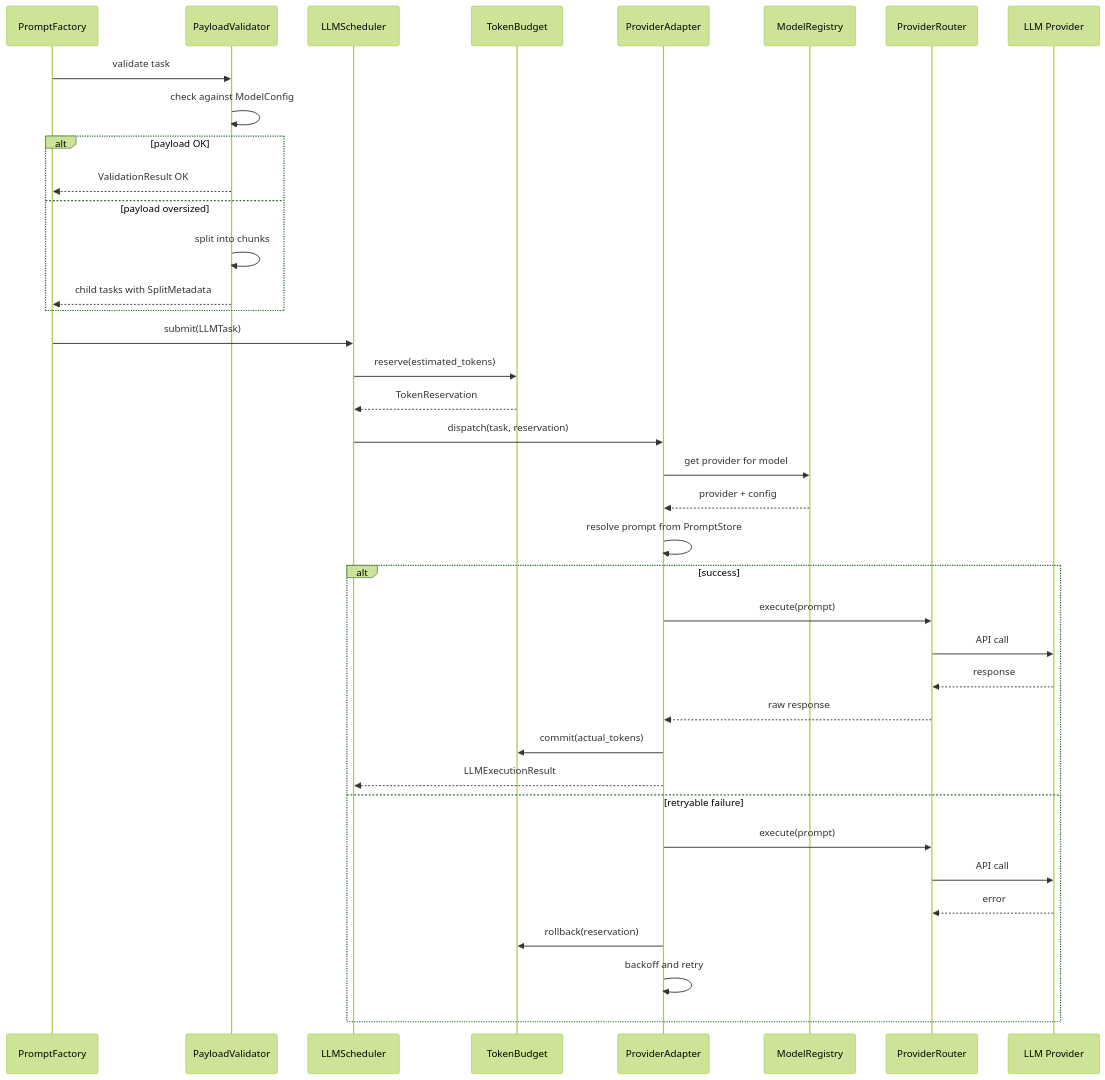
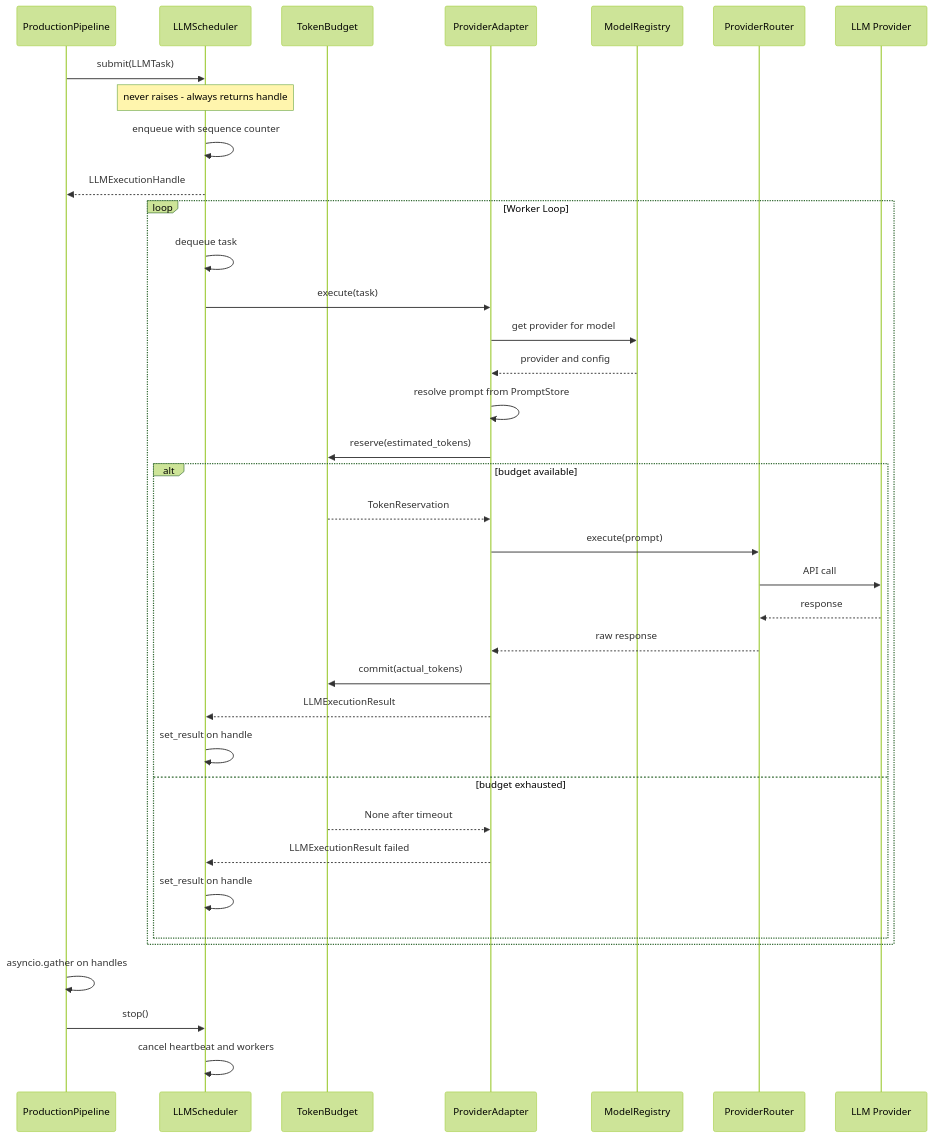
One commit to samm329-ui/Trimora_v2 changed the seventh of 15 diagrams in README.md. Above: the diagram before and after it, drawn with Mermaid (forest theme). The commit also changed other lines of this file, not shown here.

Commit message:
Update README: scheduler architecture, task lifecycle, resilience docs, metrics

````diff
--- a/README.md
+++ b/README.md
@@ -531,43 +541,43 @@
 ```mermaid
 sequenceDiagram
-    participant PF as PromptFactory
-    participant PV as PayloadValidator
+    participant PL as ProductionPipeline
     participant LS as LLMScheduler
     participant TB as TokenBudget
     participant PA as ProviderAdapter
     participant MR as ModelRegistry
     participant PR as ProviderRouter
     participant LLM as LLM Provider
 
-    PF->>PV : validate task
-    PV->>PV : check against ModelConfig
-    alt payload OK
-        PV-->>PF : ValidationResult OK
-    else payload oversized
-        PV->>PV : split into chunks
-        PV-->>PF : child tasks with SplitMetadata
+    PL->>LS : submit(LLMTask)
+    Note over LS : never raises - always returns handle
+    LS->>LS : enqueue with sequence counter
+    LS-->>PL : LLMExecutionHandle
+
+    loop Worker Loop
+        LS->>LS : dequeue task
+        LS->>PA : execute(task)
+        PA->>MR : get provider for model
+        MR-->>PA : provider and config
+        PA->>PA : resolve prompt from PromptStore
+        PA->>TB : reserve(estimated_tokens)
+
+        alt budget available
+            TB-->>PA : TokenReservation
+            PA->>PR : execute(prompt)
+            PR->>LLM : API call
+            LLM-->>PR : response
+            PR-->>PA : raw response
+            PA->>TB : commit(actual_tokens)
+            PA-->>LS : LLMExecutionResult
+            LS->>LS : set_result on handle
+        else budget exhausted
+            TB-->>PA : None after timeout
+            PA-->>LS : LLMExecutionResult failed
+            LS->>LS : set_result on handle
+        end
     end
 
-    PF->>LS : submit(LLMTask)
-    LS->>TB : reserve(estimated_tokens)
-    TB-->>LS : TokenReservation
-    LS->>PA : dispatch(task, reservation)
-    PA->>MR : get provider for model
-    MR-->>PA : provider + config
-    PA->>PA : resolve prompt from PromptStore
-
-    alt success
-        PA->>PR : execute(prompt)
-        PR->>LLM : API call
-        LLM-->>PR : response
-        PR-->>PA : raw response
-        PA->>TB : commit(actual_tokens)
-        PA-->>LS : LLMExecutionResult
-    else retryable failure
-        PA->>PR : execute(prompt)
-        PR->>LLM : API call
-        LLM-->>PR : error
-        PA->>TB : rollback(reservation)
-        PA->>PA : backoff and retry
-    end
+    PL->>PL : asyncio.gather on handles
+    PL->>LS : stop()
+    LS->>LS : cancel heartbeat and workers
 ```
````
